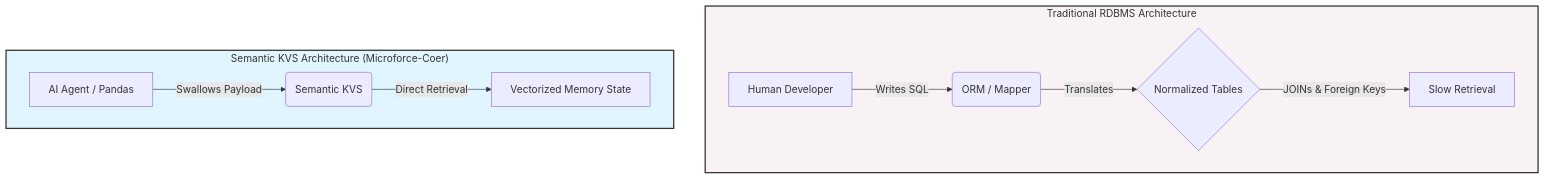
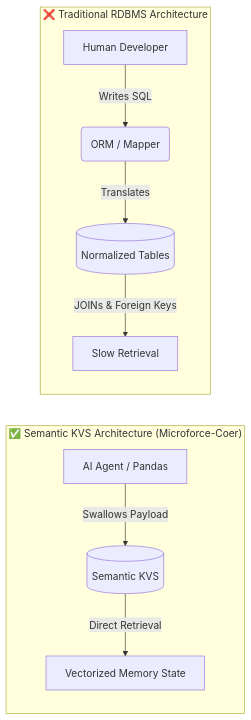
One commit to 2423gen-stack/microforce-core changed the first of 3 diagrams in docs/PAPER_DRAFT.md. Above: the diagram before and after it, drawn with Mermaid.

Commit message:
style: Improve Mermaid layout and dark mode contrast

````diff
--- a/docs/PAPER_DRAFT.md
+++ b/docs/PAPER_DRAFT.md
@@ -20,16 +20,17 @@
 ```mermaid
-graph TD
-    subgraph Traditional_RDBMS_Architecture ["Traditional RDBMS Architecture"]
+flowchart TD
+    subgraph Traditional ["❌ Traditional RDBMS Architecture"]
+        direction TB
         A[Human Developer] -->|Writes SQL| B(ORM / Mapper)
-        B -->|Translates| C{Normalized Tables}
+        B -->|Translates| C[(Normalized Tables)]
         C -->|JOINs & Foreign Keys| D[Slow Retrieval]
     end
 
-    subgraph Semantic_KVS_Architecture ["Semantic KVS Architecture (Microforce-Coer)"]
-        X[AI Agent / Pandas] -->|Swallows Payload| Y(Semantic KVS)
+    Traditional ~~~ Microforce
+
+    subgraph Microforce ["✅ Semantic KVS Architecture (Microforce-Coer)"]
+        direction TB
+        X[AI Agent / Pandas] -->|Swallows Payload| Y[(Semantic KVS)]
         Y -->|Direct Retrieval| Z[Vectorized Memory State]
     end
-
-    style Traditional_RDBMS_Architecture fill:#f9f2f4,stroke:#333,stroke-width:2px
-    style Semantic_KVS_Architecture fill:#e1f5fe,stroke:#333,stroke-width:2px
 ```
````
